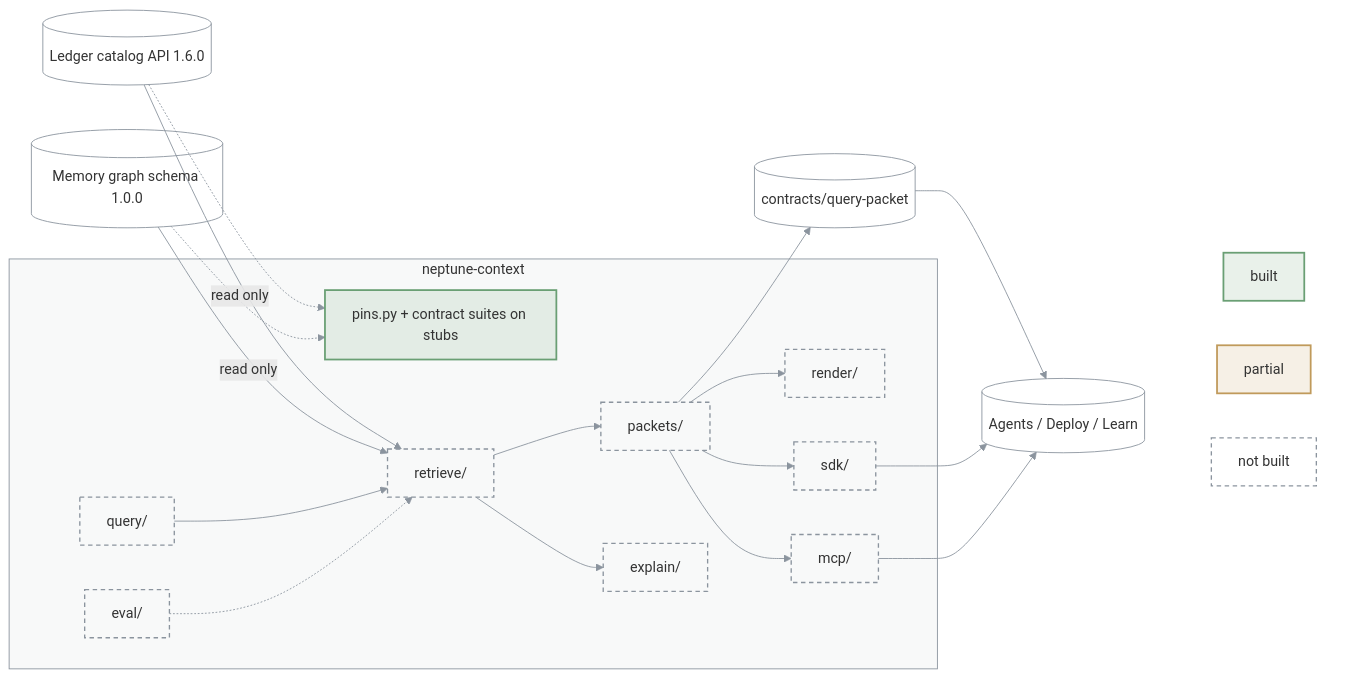
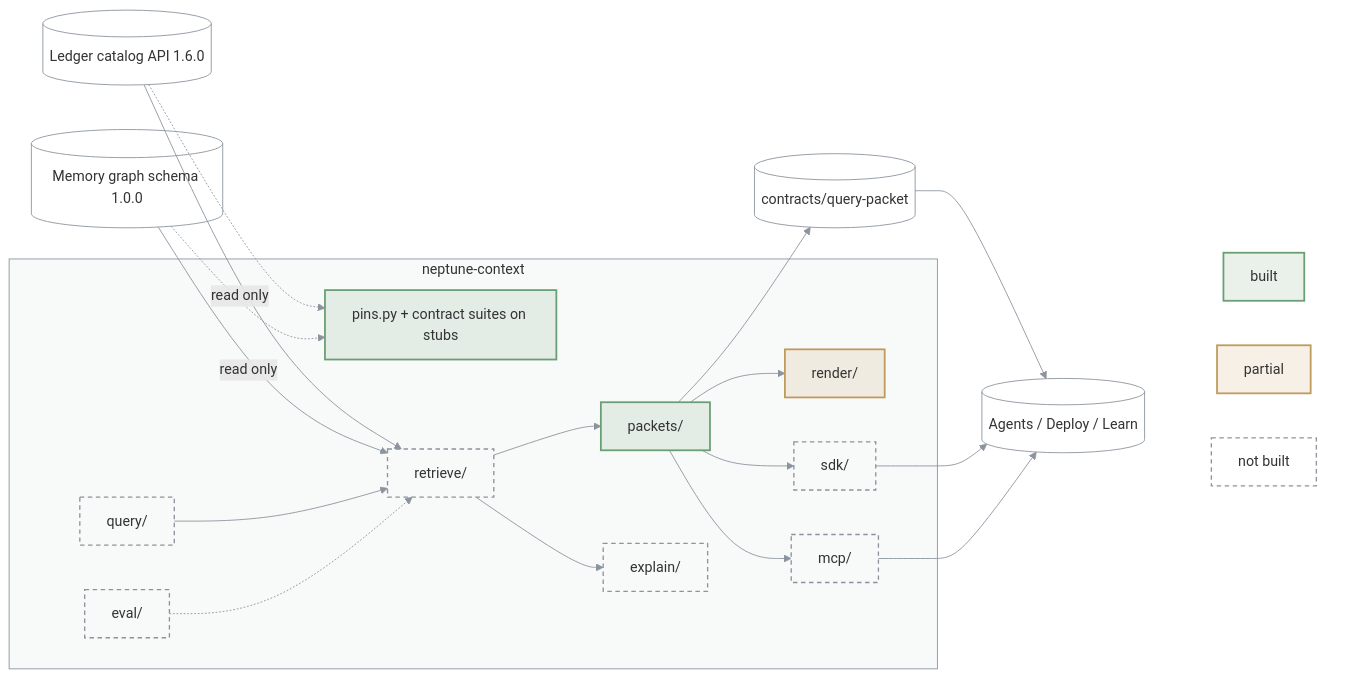
The diagram in packages/neptune-context/ARCHITECTURE.md (bennytay/neptune), drawn with Mermaid before and after one commit. The commit also changed 37 other files, not shown here.

````diff
--- a/packages/neptune-context/ARCHITECTURE.md
+++ b/packages/neptune-context/ARCHITECTURE.md
@@ -3,46 +3,46 @@
 ```mermaid
 flowchart LR
   LED[("Ledger catalog API 1.6.0")]
   MEM[("Memory graph schema 1.0.0")]
   subgraph P["neptune-context"]
     PIN["pins.py + contract suites on stubs"]
     QRY["query/"]
     RET["retrieve/"]
     PKT["packets/"]
     RND["render/"]
     SDK["sdk/"]
     MCP["mcp/"]
     EXP["explain/"]
     EVA["eval/"]
   end
   OUT[("Agents / Deploy / Learn")]
   CON[("contracts/query-packet")]
   LED -->|read only| RET
   MEM -->|read only| RET
   LED & MEM -.-> PIN
   QRY --> RET --> PKT --> RND
   RET --> EXP
   PKT --> SDK & MCP
   EVA -.-> RET
   PKT --> CON --> OUT
   SDK & MCP --> OUT
 
   subgraph KEY[" "]
     K1["built"]
     K2["partial"]
     K3["not built"]
   end
   OUT ~~~ K1 & K2 & K3
 
   classDef built fill:#6a9f7426,stroke:#6a9f74,stroke-width:2px
   classDef partial fill:#c09a5b26,stroke:#c09a5b,stroke-width:2px
   classDef todo fill:none,stroke:#8b949e,stroke-width:1.5px,stroke-dasharray:5 4
   classDef ext fill:none,stroke:#8b949e,stroke-width:1px
-  class K1,PIN built
-  class K2 partial
-  class QRY,RET,PKT,RND,SDK,MCP,EXP,EVA,K3 todo
+  class K1,PIN,PKT built
+  class K2,RND partial
+  class QRY,RET,SDK,MCP,EXP,EVA,K3 todo
   class LED,MEM,OUT,CON ext
   style P fill:#8b949e0f,stroke:#8b949e
   style KEY fill:none,stroke:none
   linkStyle default stroke:#8b949e
 ```
````
